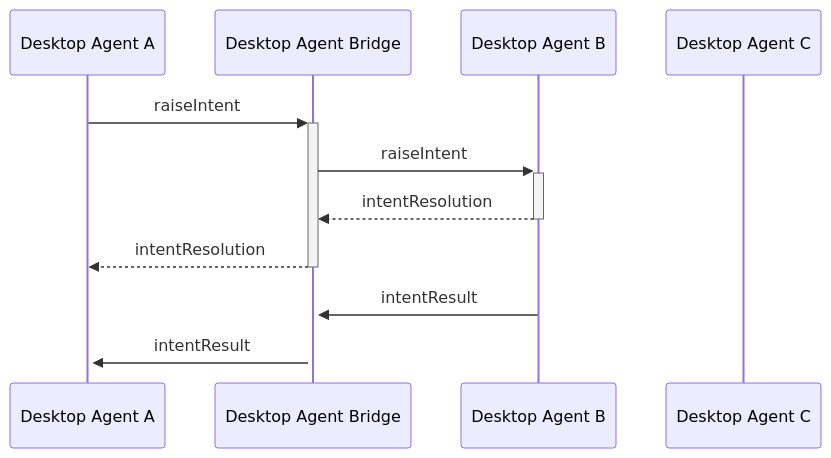
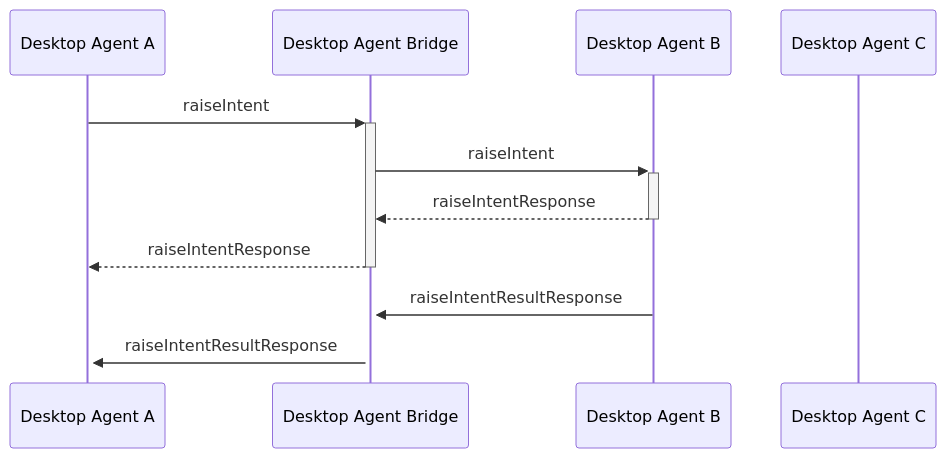
The fifth of 7 diagrams in docs/api-bridging/spec.md (finos/FDC3), drawn with Mermaid before and after one commit. The commit also changed other lines of this file, not shown here.

````diff
--- a/docs/api-bridging/spec.md
+++ b/docs/api-bridging/spec.md
@@ -1199,13 +1202,13 @@
 ```mermaid
 sequenceDiagram
     participant DA as Desktop Agent A
     participant DAB as Desktop Agent Bridge
     participant DB as Desktop Agent B
     participant DC as Desktop Agent C
     DA ->>+ DAB: raiseIntent
     DAB ->>+ DB: raiseIntent
-    DB -->>- DAB: intentResolution
-    DAB -->>- DA: intentResolution
-    DB ->>+ DAB: intentResult
-    DAB ->>+ DA: intentResult
+    DB -->>- DAB: raiseIntentResponse
+    DAB -->>- DA: raiseIntentResponse
+    DB ->>+ DAB: raiseIntentResultResponse
+    DAB ->>+ DA: raiseIntentResultResponse
 ```
````
